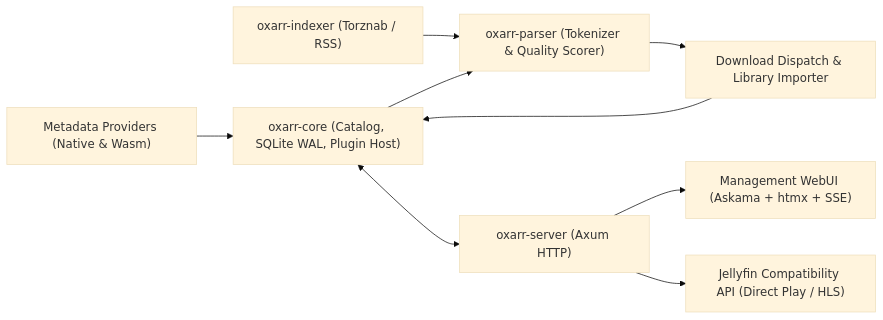
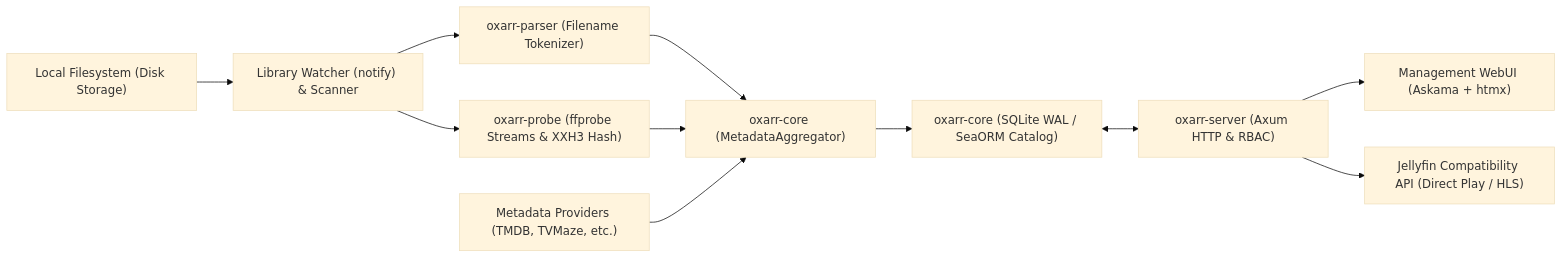
One commit to bubuntux/oxarr changed the diagram in docs/architecture.md. Above: the diagram before and after it, drawn with Mermaid (base theme). The commit also changed other lines of this file, not shown here.

Commit message:
docs(arch): update architecture to reflect media cataloging and live inspection design

````diff
--- a/docs/architecture.md
+++ b/docs/architecture.md
@@ -20,11 +26,13 @@
 ```mermaid
 flowchart LR
-    Meta["Metadata Providers (Native & Wasm)"] --> Core["oxarr-core (Catalog, SQLite WAL, Plugin Host)"]
-    Idx["oxarr-indexer (Torznab / RSS)"] --> Parser["oxarr-parser (Tokenizer & Quality Scorer)"]
-    Core --> Parser
-    Parser --> Dl["Download Dispatch & Library Importer"]
-    Dl --> Core
-    Core <--> Server["oxarr-server (Axum HTTP)"]
-    Server --> UI["Management WebUI (Askama + htmx + SSE)"]
+    FS["Local Filesystem (Disk Storage)"] --> Watcher["Library Watcher (notify) & Scanner"]
+    Watcher --> Parser["oxarr-parser (Filename Tokenizer)"]
+    Watcher --> Probe["oxarr-probe (ffprobe Streams & XXH3 Hash)"]
+    Parser --> Aggregator["oxarr-core (MetadataAggregator)"]
+    Probe --> Aggregator
+    Providers["Metadata Providers (TMDB, TVMaze, etc.)"] --> Aggregator
+    Aggregator --> DB["oxarr-core (SQLite WAL / SeaORM Catalog)"]
+    DB <--> Server["oxarr-server (Axum HTTP & RBAC)"]
+    Server --> UI["Management WebUI (Askama + htmx)"]
     Server --> JF["Jellyfin Compatibility API (Direct Play / HLS)"]
 ```
````
